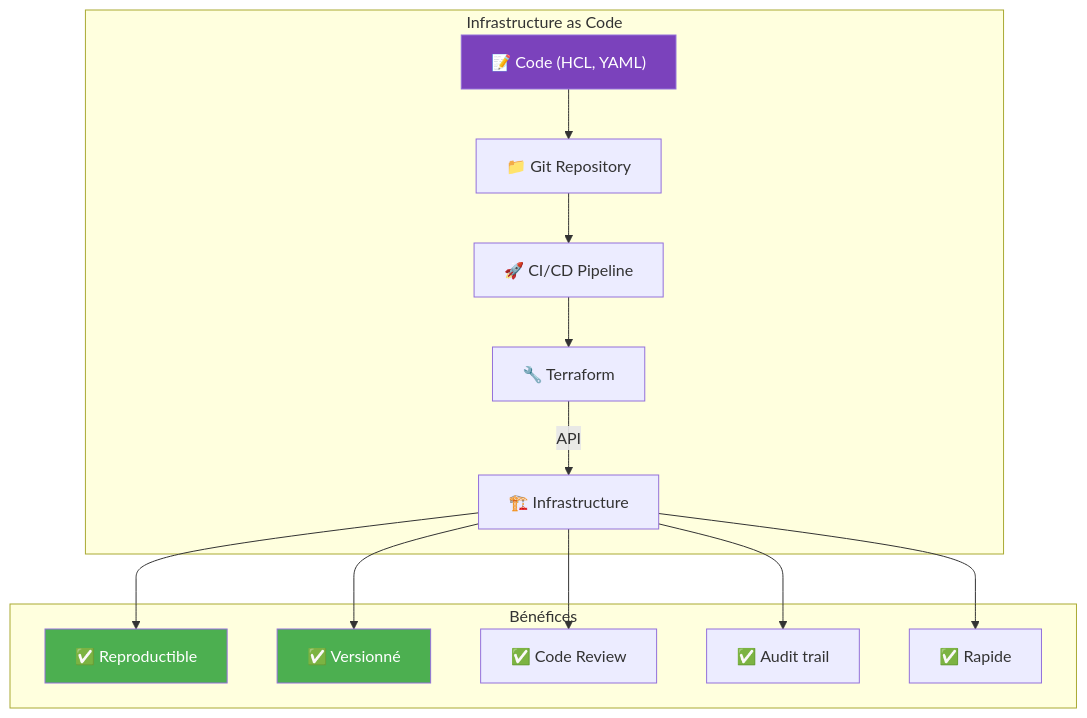
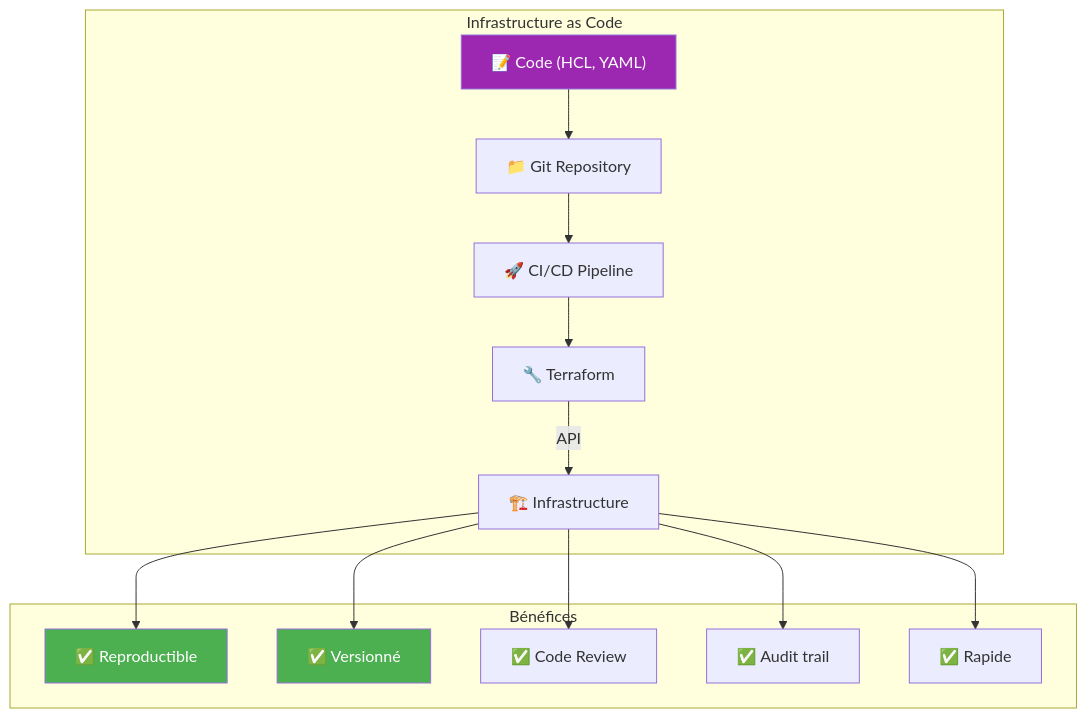
One commit to VBlackJack/ShellBook changed the first of 5 diagrams in docs/formations/terraform-aci/01-module.md. Above: the diagram before and after it, drawn with Mermaid. The commit also changed other lines of this file and 337 other files, not shown here.

First line of the commit message:
refactor(docs): Standardize code blocks and Mermaid colors

````diff
--- a/docs/formations/terraform-aci/01-module.md
+++ b/docs/formations/terraform-aci/01-module.md
@@ -34,33 +34,33 @@
 ```mermaid
 graph TB
     subgraph "Infrastructure as Code"
         CODE["📝 Code (HCL, YAML)"]
         VCS["📁 Git Repository"]
         CICD["🚀 CI/CD Pipeline"]
         TF["🔧 Terraform"]
         INFRA["🏗️ Infrastructure"]
 
         CODE --> VCS
         VCS --> CICD
         CICD --> TF
         TF -->|"API"| INFRA
     end
 
     subgraph "Bénéfices"
         B1["✅ Reproductible"]
         B2["✅ Versionné"]
         B3["✅ Code Review"]
         B4["✅ Audit trail"]
         B5["✅ Rapide"]
     end
 
     INFRA --> B1
     INFRA --> B2
     INFRA --> B3
     INFRA --> B4
     INFRA --> B5
 
-    style CODE fill:#7b42bc,color:#fff
+    style CODE fill:#9C27B0,color:#fff
     style B1 fill:#4caf50,color:#fff
     style B2 fill:#4caf50,color:#fff
 ```
````
